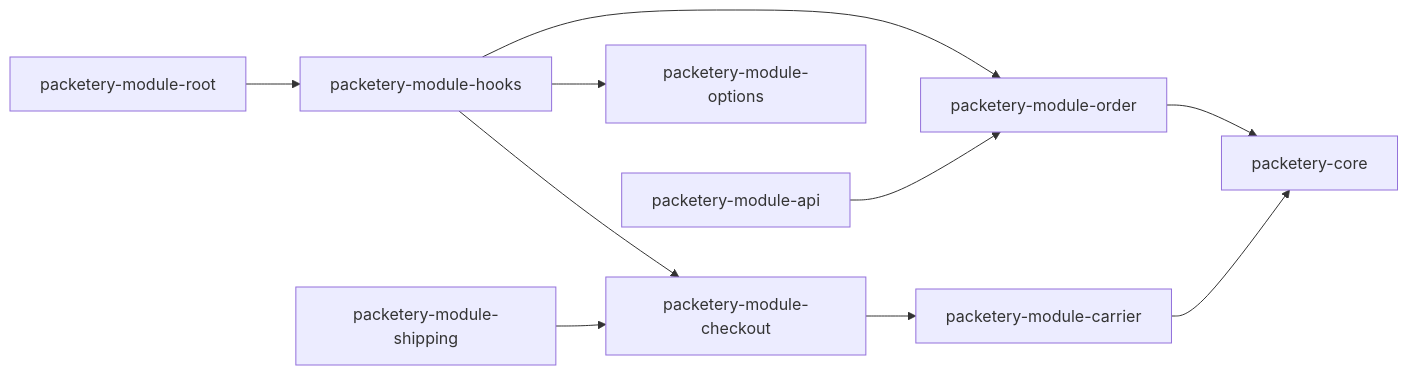
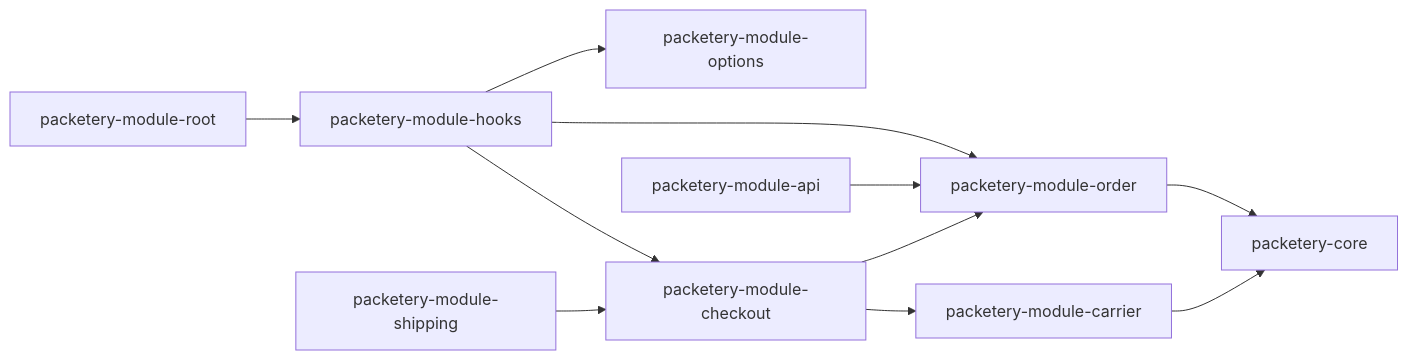
One commit to Zasilkovna/WooCommerce changed the diagram in ai-docs/architecture.md. Above: the diagram before and after it, drawn with Mermaid. The commit also changed other lines of this file, not shown here.

Commit message:
docs: fix review findings in the architecture page

````diff
--- a/ai-docs/architecture.md
+++ b/ai-docs/architecture.md
@@ -22,12 +23,13 @@
 ```mermaid
 graph LR
   hooks[packetery-module-hooks] --> checkout[packetery-module-checkout]
   hooks --> order[packetery-module-order]
   hooks --> options[packetery-module-options]
   shipping[packetery-module-shipping] --> checkout
   checkout --> carrier[packetery-module-carrier]
+  checkout --> order
   order --> core[packetery-core]
   carrier --> core
   api[packetery-module-api] --> order
   root[packetery-module-root] --> hooks
 ```
````
